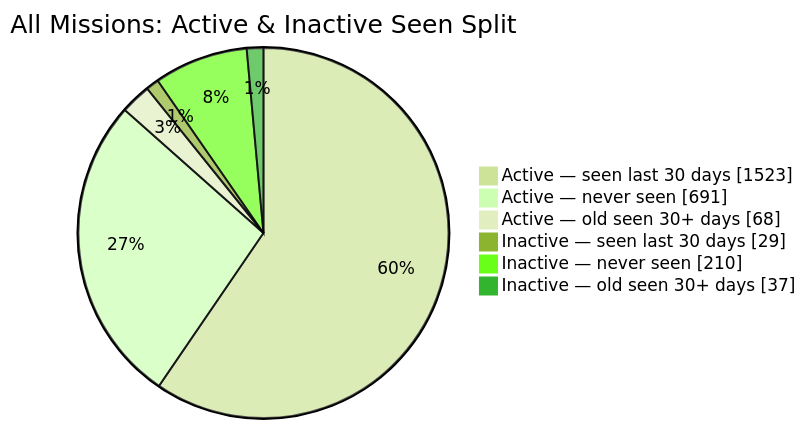
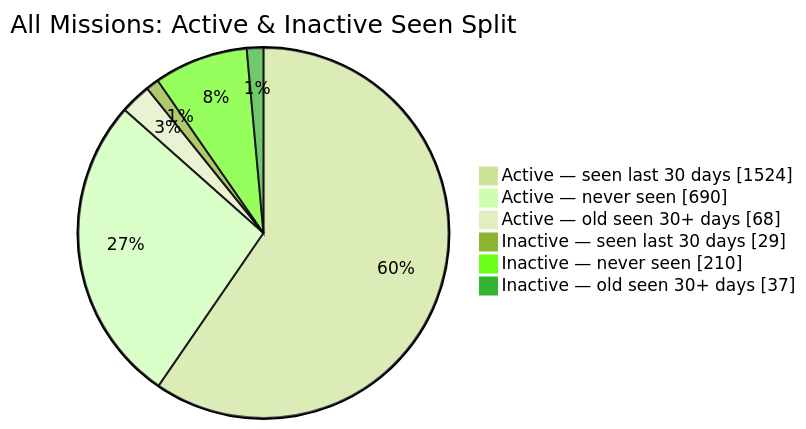
One commit to MeldkamerspelGameTeam/active-missions changed the second of 2 diagrams in README.md. Above: the diagram before and after it, drawn with Mermaid (forest theme). The commit also changed other lines of this file and 2 other files, not shown here.

````diff
--- a/README.md
+++ b/README.md
@@ -44,10 +44,10 @@
 ```mermaid
 pie showData
     title All Missions: Active & Inactive Seen Split
-    "Active — seen last 30 days" : 1523
-    "Active — never seen" : 691
+    "Active — seen last 30 days" : 1524
+    "Active — never seen" : 690
     "Active — old seen 30+ days" : 68
     "Inactive — seen last 30 days" : 29
     "Inactive — never seen" : 210
     "Inactive — old seen 30+ days" : 37
 ```
````
